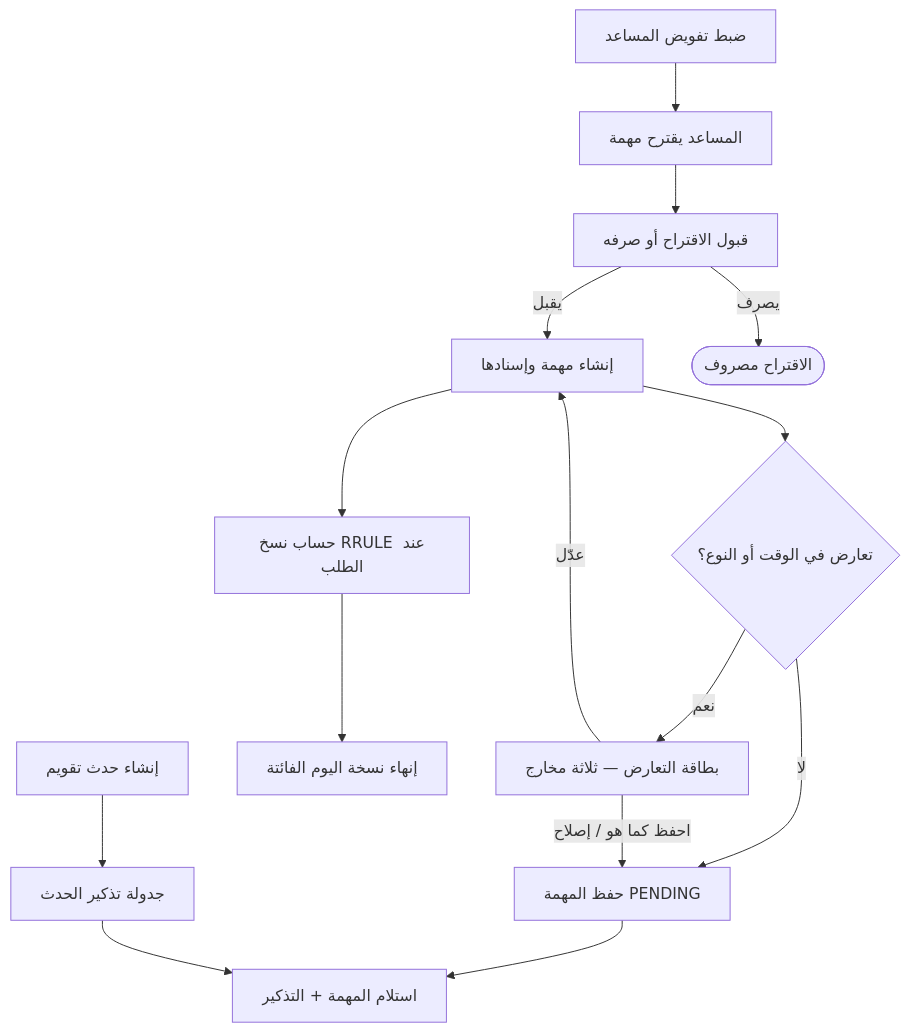
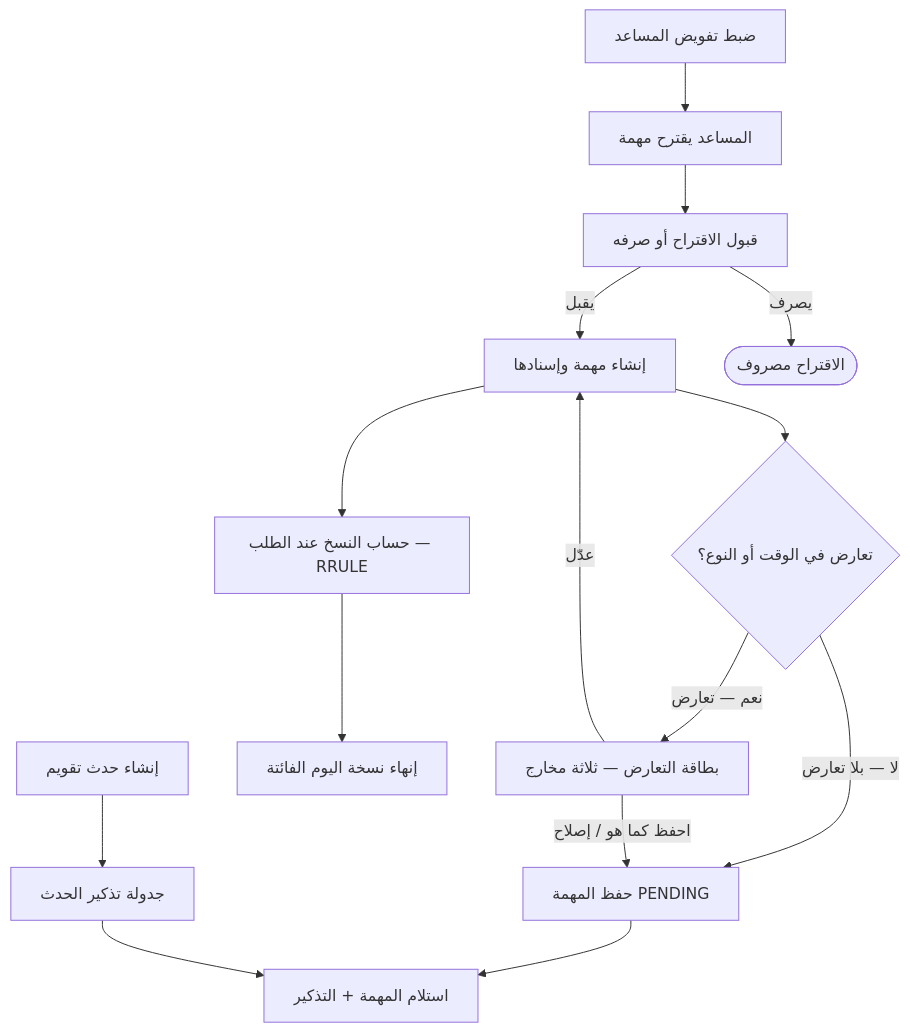
One commit to Bassam-mohammed-alqaeadi/family-os-v2 changed diagram 27 of 30 in docs/family-os/governance/phases/phase-1/S1-06-tasks-and-calendar/DIAGRAMS.md. Above: the diagram before and after it, drawn with Mermaid. The commit also changed other lines of this file, not shown here.

````diff
--- a/docs/family-os/governance/phases/phase-1/S1-06-tasks-and-calendar/DIAGRAMS.md
+++ b/docs/family-os/governance/phases/phase-1/S1-06-tasks-and-calendar/DIAGRAMS.md
@@ -759,17 +917,17 @@
 ```mermaid
 flowchart TD
     F9[ضبط تفويض المساعد] --> A5[المساعد يقترح مهمة]
     A5 --> F10[قبول الاقتراح أو صرفه]
     F10 -->|يقبل| F1[إنشاء مهمة وإسنادها]
     F10 -->|يصرف| F10d([الاقتراح مصروف])
     F1 --> F9a{تعارض في الوقت أو النوع؟}
-    F9a -->|لا| V1[حفظ المهمة PENDING]
-    F9a -->|نعم| F11[بطاقة التعارض — ثلاثة مخارج]
+    F9a -->|لا — بلا تعارض| V1[حفظ المهمة PENDING]
+    F9a -->|نعم — تعارض| F11[بطاقة التعارض — ثلاثة مخارج]
     F11 -->|احفظ كما هو / إصلاح| V1
     F11 -->|عدّل| F1
     V1 --> C1[استلام المهمة + التذكير]
-    F1 --> V4[حساب نسخ RRULE عند الطلب]
+    F1 --> V4[حساب النسخ عند الطلب — RRULE]
     V4 --> V5[إنهاء نسخة اليوم الفائتة]
     F7[إنشاء حدث تقويم] --> V9[جدولة تذكير الحدث]
     V9 --> C1
 ```
````
